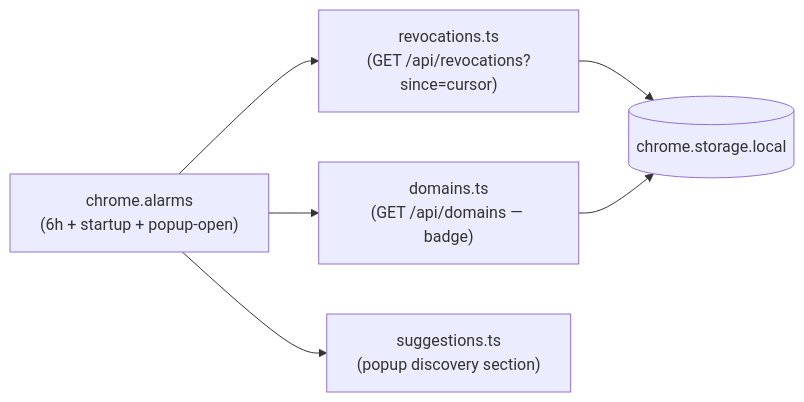
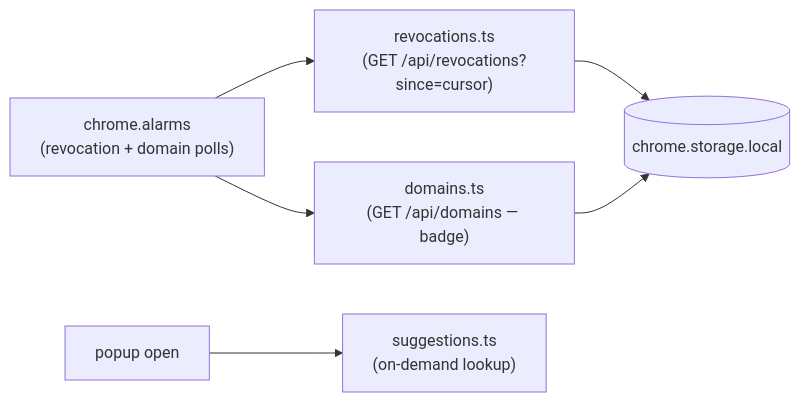
One commit to robertn702/webmcp-today changed the sixth of 6 diagrams in apps/extension/ARCHITECTURE.md. Above: the diagram before and after it, drawn with Mermaid. The commit also changed other lines of this file and 3 other files, not shown here.

````diff
--- a/apps/extension/ARCHITECTURE.md
+++ b/apps/extension/ARCHITECTURE.md
@@ -180,8 +184,8 @@
 ```mermaid
 flowchart LR
-    ALARM["chrome.alarms<br/>(6h + startup + popup-open)"] --> REV["revocations.ts<br/>(GET /api/revocations?since=cursor)"]
+    ALARM["chrome.alarms<br/>(revocation + domain polls)"] --> REV["revocations.ts<br/>(GET /api/revocations?since=cursor)"]
     ALARM --> DOMS["domains.ts<br/>(GET /api/domains — badge)"]
-    ALARM --> SUG["suggestions.ts<br/>(popup discovery section)"]
+    POPUP["popup open"] --> SUG["suggestions.ts<br/>(on-demand lookup)"]
     REV --> ST[("chrome.storage.local")]
     DOMS --> ST
 ```
````
